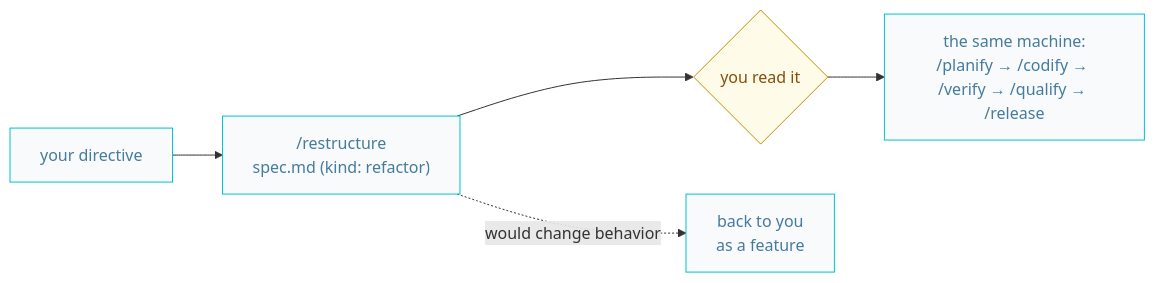
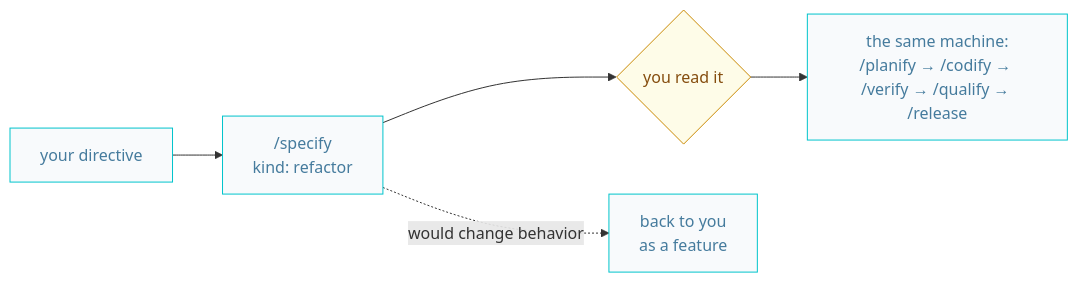
The fifth of 5 diagrams in docs/AIDD.workflow.md (AIDDbot/AIDDbot), drawn with Mermaid before and after one commit. The commit also changed other lines of this file and 15 other files, not shown here.

First line of the commit message:
refactor(skills): fold /restructure into /specify with F/R id series

````diff
--- a/docs/AIDD.workflow.md
+++ b/docs/AIDD.workflow.md
@@ -132,10 +132,10 @@
 ```mermaid
 flowchart LR
   classDef nd fill:#f8fafc,stroke:#00c4cc,color:#457b9d
   classDef q fill:#fefce8,stroke:#ca8a04,color:#854d0e
 
-  DIR["your directive"]:::nd --> REF["/restructure<br/>spec.md (kind: refactor)"]:::nd
+  DIR["your directive"]:::nd --> REF["/specify<br/>kind: refactor"]:::nd
   REF --> CHK{"you read it"}:::q
   CHK --> SAME["the same machine:<br/>/planify → /codify → /verify → /qualify → /release"]:::nd
   REF -.->|"would change behavior"| OUT["back to you<br/>as a feature"]:::nd
 ```
````
